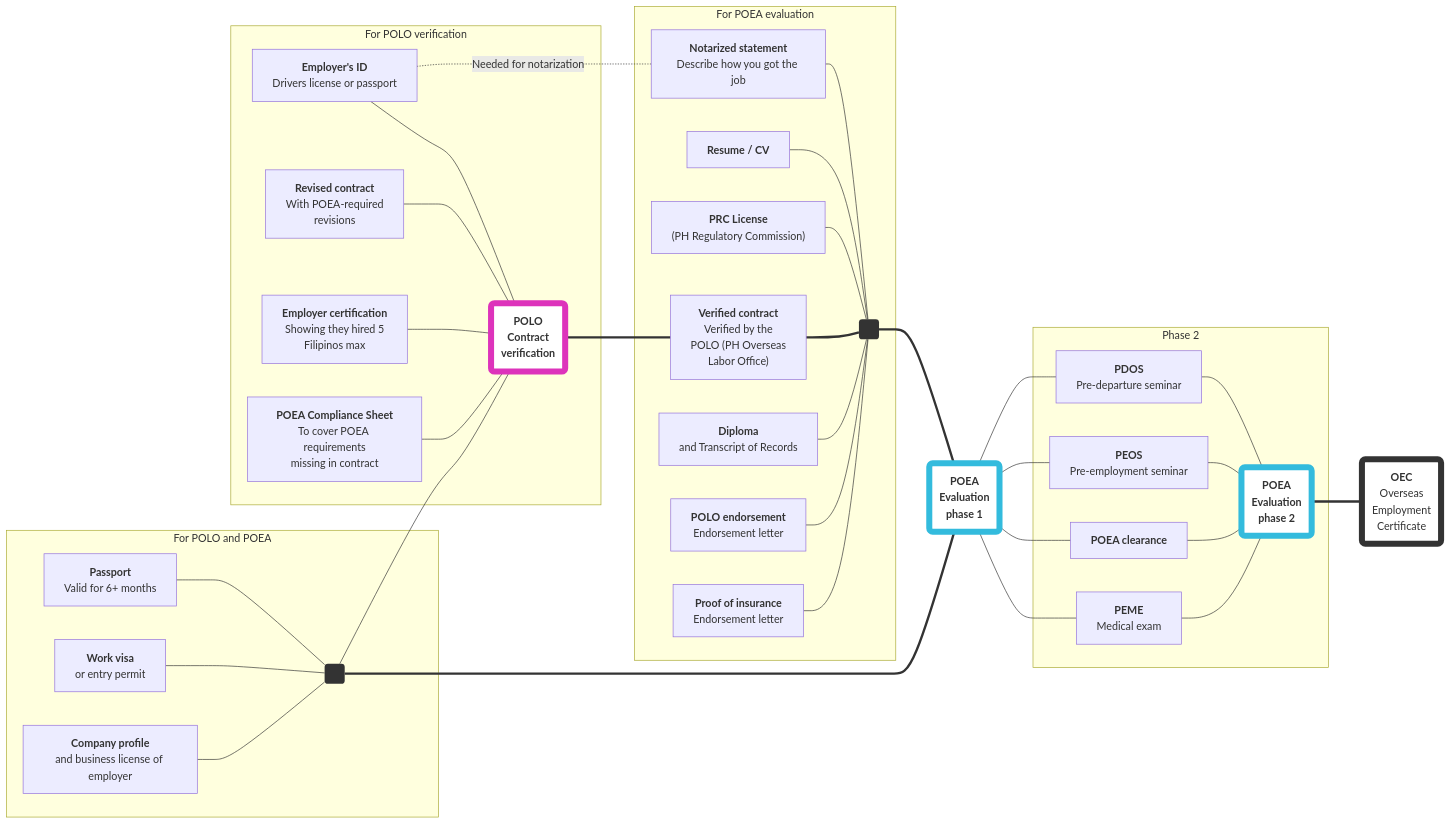
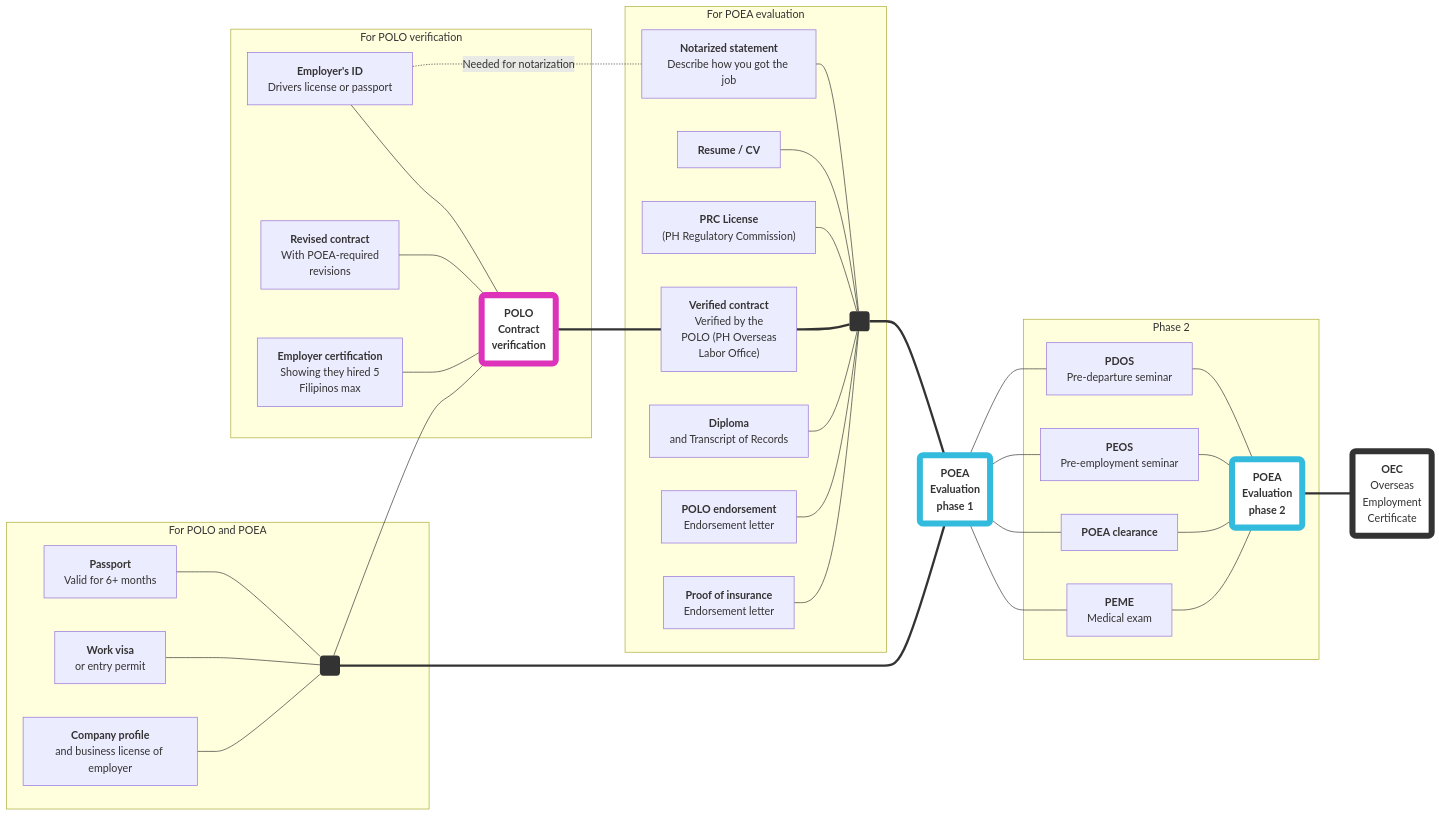
The diagram in docs/requirements_overview.md (rstacruz/oec-guide), drawn with Mermaid before and after one commit. The commit also changed other lines of this file and 11 other files, not shown here.

```diff
--- a/docs/requirements_overview.md
+++ b/docs/requirements_overview.md
@@ -27,7 +27,6 @@
 click REVISED "./employment_standards.html" "Revised contract"
 
 CERTIFICATION["<b>Employer certification</b><br>Showing they hired 5<br>Filipinos max"]
-COMPLIANCE["<b>POEA Compliance Sheet</b><br>To cover POEA requirements<br>missing in contract"]
 
 ODOCS(" ")
 PASSPORT["<b>Passport</b><br>Valid for 6+ months"]
@@ -83,7 +82,6 @@
 CONTRACT --- EMPLOYERID
 CONTRACT --- REVISED
 CONTRACT --- CERTIFICATION
-CONTRACT --- COMPLIANCE
 end
 
 CONTRACT --- ODOCS
```
